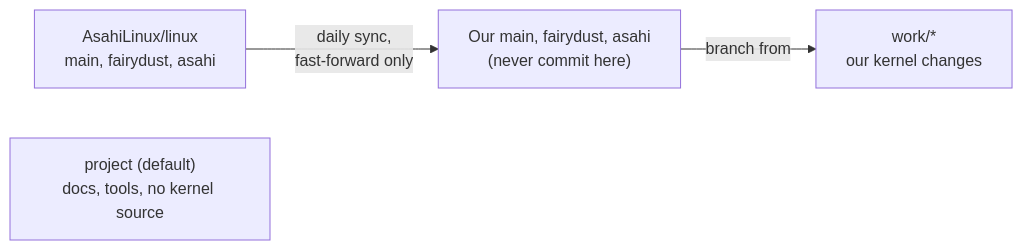
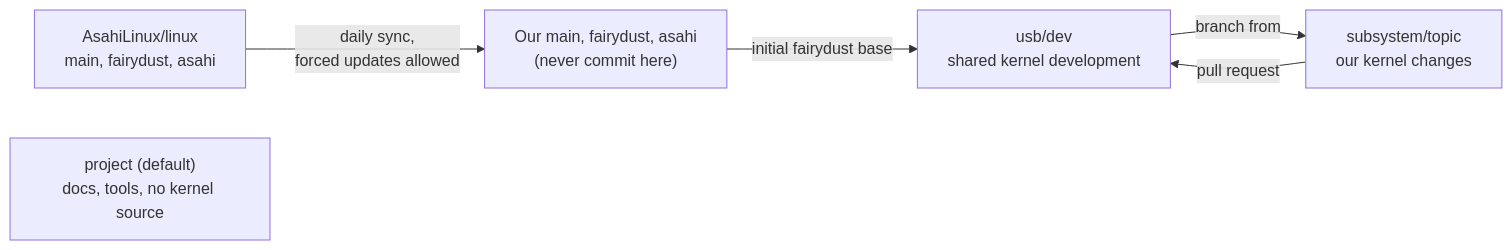
The diagram in docs/reference/branches-and-sync.md (MagicCat3022/Asahi-Linux-Senior-Design-Project), drawn with Mermaid before and after one commit. The commit also changed other lines of this file and 60 other files, not shown here.

````diff
--- a/docs/reference/branches-and-sync.md
+++ b/docs/reference/branches-and-sync.md
@@ -7,6 +7,8 @@
 ```mermaid
 flowchart LR
-    up["AsahiLinux/linux<br/>main, fairydust, asahi"] -- "daily sync,<br/>fast-forward only" --> mirror["Our main, fairydust, asahi<br/>(never commit here)"]
-    mirror -- "branch from" --> work["work/*<br/>our kernel changes"]
+    up["AsahiLinux/linux<br/>main, fairydust, asahi"] -- "daily sync,<br/>forced updates allowed" --> mirror["Our main, fairydust, asahi<br/>(never commit here)"]
+    mirror -- "initial fairydust base" --> dev["usb/dev<br/>shared kernel development"]
+    dev -- "branch from" --> topic["subsystem/topic<br/>our kernel changes"]
+    topic -- "pull request" --> dev
     project["project (default)<br/>docs, tools, no kernel source"]
 ```
````
